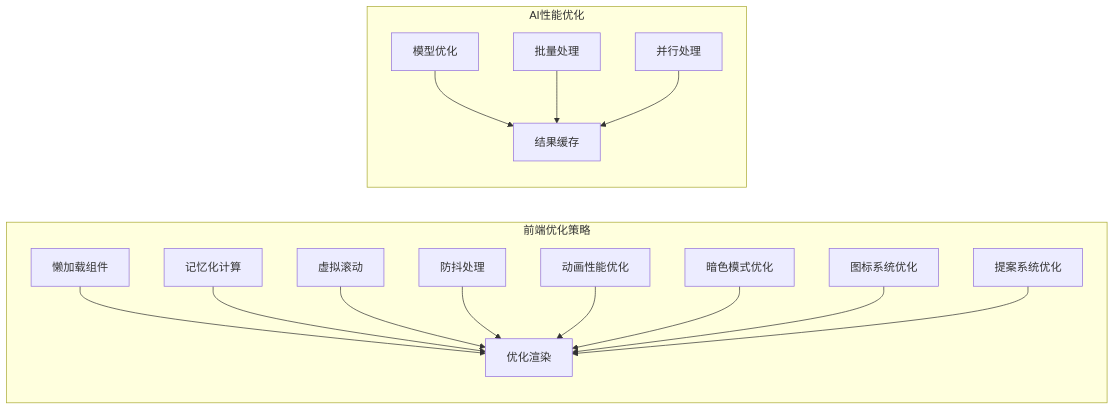
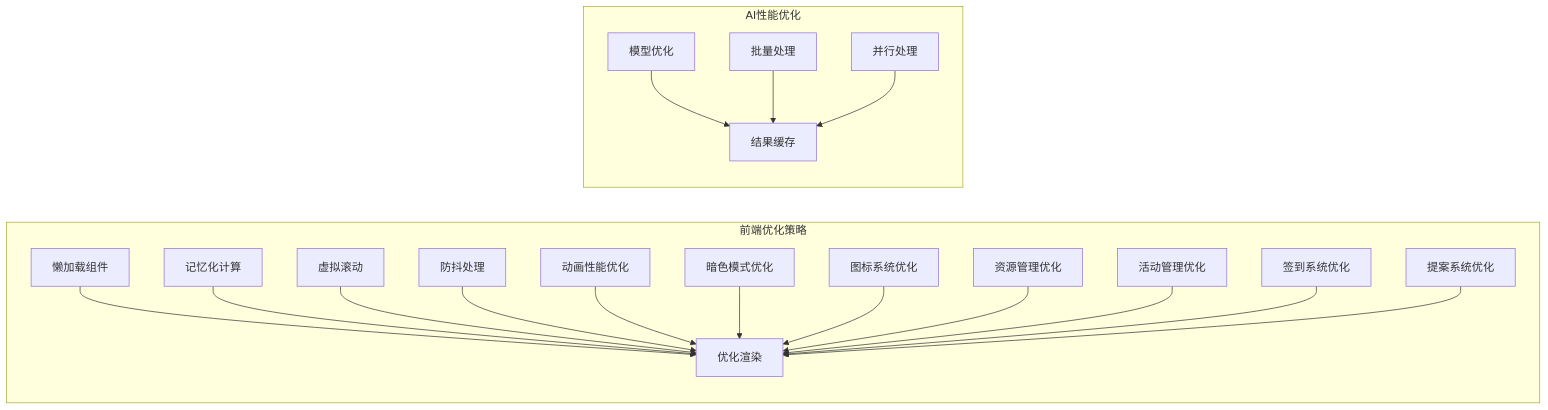
Before and after one commit to xianjianshenqu/SalesFlow-CRM: diagram 27 of 27 in .qoder/repowiki/zh/content/Pre Sales Dashboard.md, drawn with Mermaid. The commit also changed other lines of this file and 11 other files, not shown here.

````diff
--- a/.qoder/repowiki/zh/content/Pre Sales Dashboard.md
+++ b/.qoder/repowiki/zh/content/Pre Sales Dashboard.md
@@ -1006,31 +1074,37 @@
 ```mermaid
 graph LR
 subgraph "前端优化策略"
 LazyLoad[懒加载组件]
 Memo[记忆化计算]
 VirtualScroll[虚拟滚动]
 Debounce[防抖处理]
 OptimizedRender[优化渲染]
 AnimationOptimization[动画性能优化]
 DarkModeOptimization[暗色模式优化]
 IconOptimization[图标系统优化]
+ResourceOptimization[资源管理优化]
+ActivityOptimization[活动管理优化]
+SignInOptimization[签到系统优化]
 ProposalOptimization[提案系统优化]
 end
 subgraph "AI性能优化"
 ModelOptimization[模型优化]
 BatchProcessing[批量处理]
 Caching[结果缓存]
 ParallelProcessing[并行处理]
 end
 LazyLoad --> OptimizedRender
 Memo --> OptimizedRender
 VirtualScroll --> OptimizedRender
 Debounce --> OptimizedRender
 AnimationOptimization --> OptimizedRender
 DarkModeOptimization --> OptimizedRender
 IconOptimization --> OptimizedRender
+ResourceOptimization --> OptimizedRender
+ActivityOptimization --> OptimizedRender
+SignInOptimization --> OptimizedRender
 ProposalOptimization --> OptimizedRender
 ModelOptimization --> Caching
 BatchProcessing --> Caching
 ParallelProcessing --> Caching
 ```
````
